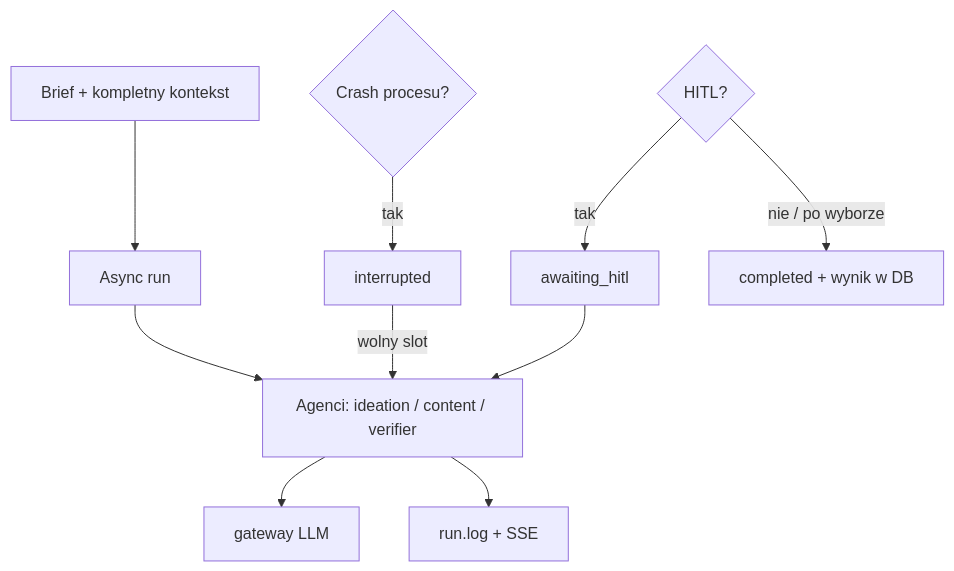
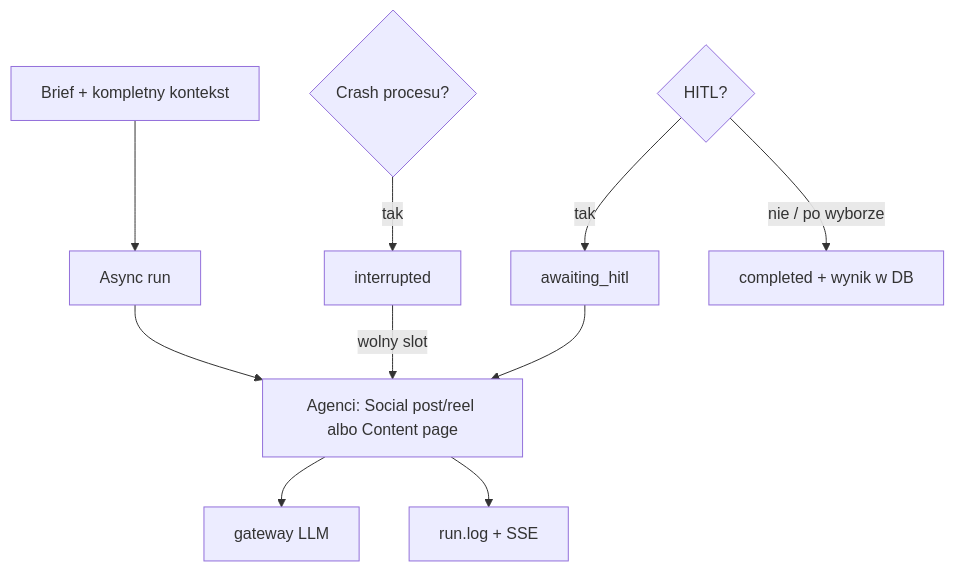
Before and after one commit to matej2314/content-chain: the second of 2 diagrams in docs/README.md, drawn with Mermaid. The commit also changed other lines of this file and 27 other files, not shown here.

````diff
--- a/docs/README.md
+++ b/docs/README.md
@@ -46,12 +46,12 @@
 ```mermaid
 flowchart TB
   Brief[Brief + kompletny kontekst] --> Run[Async run]
-  Run --> Agents[Agenci: ideation / content / verifier]
+  Run --> Agents[Agenci: Social post/reel albo Content page]
   Agents --> GW[gateway LLM]
   Agents --> Logs[run.log + SSE]
   Crash{Crash procesu?} -->|tak| Int[interrupted]
   Int -->|wolny slot| Agents
   Hitl{HITL?} -->|tak| Pause[awaiting_hitl]
   Pause --> Agents
   Hitl -->|nie / po wyborze| Done[completed + wynik w DB]
 ```
````
